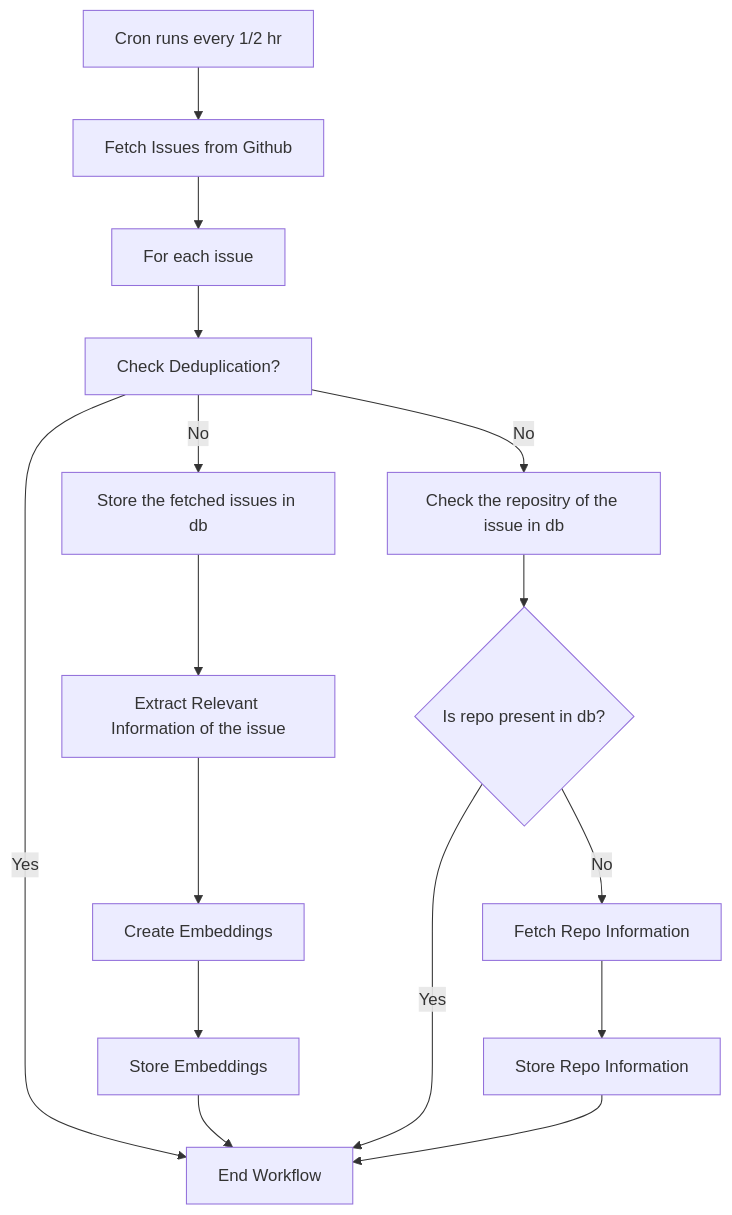
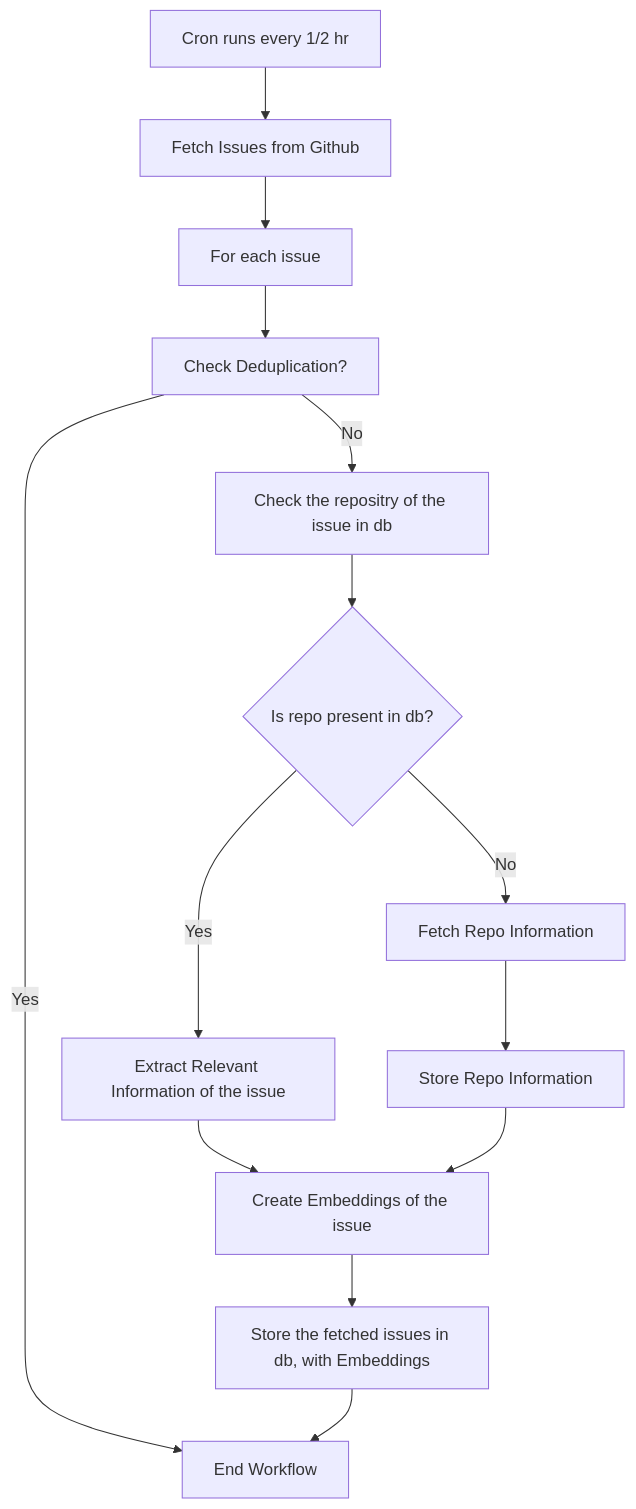
One commit to mustafa-sayyed/getissues changed the first of 2 diagrams in packages/workflows/README.md. Above: the diagram before and after it, drawn with Mermaid. The commit also changed 6 other files, not shown here.

````diff
--- a/packages/workflows/README.md
+++ b/packages/workflows/README.md
@@ -17,19 +17,17 @@
 ```mermaid
 graph TD
     START[Cron runs every 1/2 hr] --> A
     A[Fetch Issues from Github]
     A --> B[For each issue]
     B --> C[Check Deduplication?]
     C -- Yes --> D[End Workflow]
-    C -- No --> E[Store the fetched issues in db]
-    C -- No --> I[Check the repositry of the issue in db]
-    E --> F[Extract Relevant Information of the issue]
-    F --> G[Create Embeddings]
-    G --> H[Store Embeddings]
-    H --> D[End Workflow]
-    I --> J{Is repo present in db?}
-    J -- Yes --> D[End Workflow]
-    J -- No --> K[Fetch Repo Information]
-    K --> L[Store Repo Information]
+    C -- No --> E[Check the repositry of the issue in db]
+    E --> F{Is repo present in db?}
+    F -- Yes --> G[Extract Relevant Information of the issue]
+    G --> I[Create Embeddings of the issue]
+    F -- No --> H[Fetch Repo Information]
+    H --> J[Store Repo Information]
+    J --> I
+    I --> L[Store the fetched issues in db, with Embeddings]
     L --> D[End Workflow]
 ```
````
